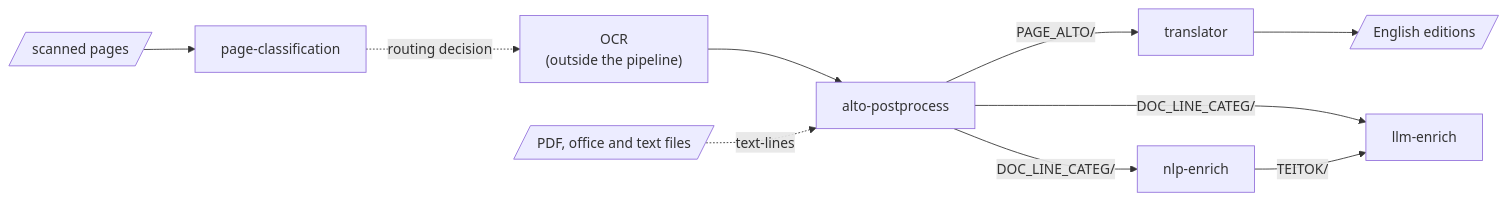
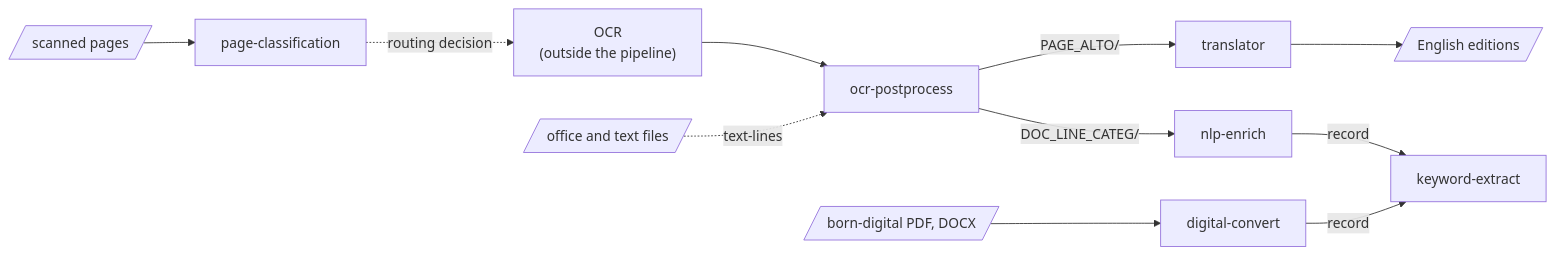
Before and after one commit to ufal/atrium-project: the diagram in docs_site/index.md, drawn with Mermaid. The commit also changed other lines of this file and 69 other files, not shown here.

````diff
--- a/docs_site/index.md
+++ b/docs_site/index.md
@@ -114,12 +123,13 @@
 ```mermaid
 flowchart LR
   SCAN[/"scanned pages"/] --> PC[page-classification]
   PC -. "routing decision" .-> OCR["OCR<br/>(outside the pipeline)"]
-  OCR --> ALTO[alto-postprocess]
-  DOCS[/"PDF, office and text files"/] -. "text-lines" .-> ALTO
+  OCR --> ALTO[ocr-postprocess]
+  DOCS[/"office and text files"/] -. "text-lines" .-> ALTO
+  BORN[/"born-digital PDF, DOCX"/] --> DC[digital-convert]
   ALTO -- "PAGE_ALTO/" --> TR[translator]
   ALTO -- "DOC_LINE_CATEG/" --> NLP[nlp-enrich]
-  ALTO -- "DOC_LINE_CATEG/" --> LLM[llm-enrich]
-  NLP -- "TEITOK/" --> LLM
+  NLP -- "record" --> KW[keyword-extract]
+  DC -- "record" --> KW
   TR --> EN[/"English editions"/]
 ```
````
